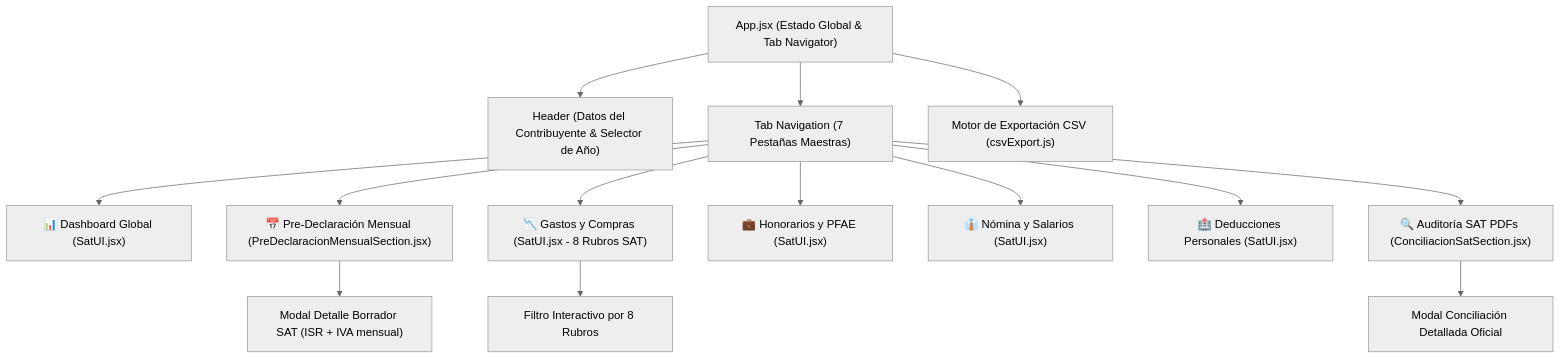
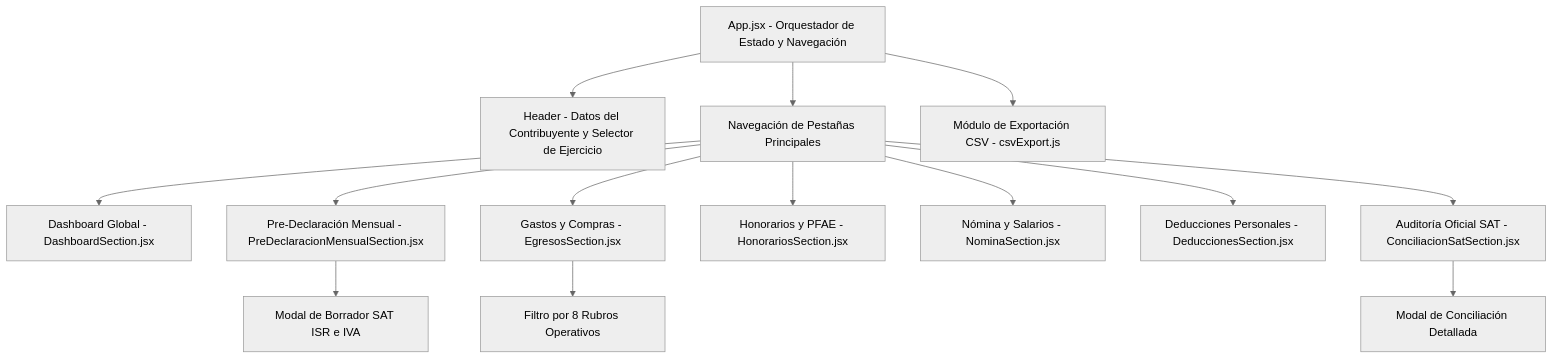
One commit to shellaquiles/tribuTACOS changed the diagram in docs/06_frontend_ux_componentes.md. Above: the diagram before and after it, drawn with Mermaid (neutral theme). The commit also changed other lines of this file and 10 other files, not shown here.

````diff
--- a/docs/06_frontend_ux_componentes.md
+++ b/docs/06_frontend_ux_componentes.md
@@ -11,18 +11,18 @@
 ```mermaid
 graph TD
-    App["App.jsx (Estado Global & Tab Navigator)"] --> Header["Header (Datos del Contribuyente & Selector de Año)"]
-    App --> Tabs["Tab Navigation (7 Pestañas Maestras)"]
+    App[App.jsx - Orquestador de Estado y Navegación] --> Header[Header - Datos del Contribuyente y Selector de Ejercicio]
+    App --> Tabs[Navegación de Pestañas Principales]
     
-    Tabs --> Tab1["📊 Dashboard Global (SatUI.jsx)"]
-    Tabs --> Tab2["📅 Pre-Declaración Mensual (PreDeclaracionMensualSection.jsx)"]
-    Tabs --> Tab3["📉 Gastos y Compras (SatUI.jsx - 8 Rubros SAT)"]
-    Tabs --> Tab4["💼 Honorarios y PFAE (SatUI.jsx)"]
-    Tabs --> Tab5["👔 Nómina y Salarios (SatUI.jsx)"]
-    Tabs --> Tab6["🏥 Deducciones Personales (SatUI.jsx)"]
-    Tabs --> Tab7["🔍 Auditoría SAT PDFs (ConciliacionSatSection.jsx)"]
+    Tabs --> Tab1[Dashboard Global - DashboardSection.jsx]
+    Tabs --> Tab2[Pre-Declaración Mensual - PreDeclaracionMensualSection.jsx]
+    Tabs --> Tab3[Gastos y Compras - EgresosSection.jsx]
+    Tabs --> Tab4[Honorarios y PFAE - HonorariosSection.jsx]
+    Tabs --> Tab5[Nómina y Salarios - NominaSection.jsx]
+    Tabs --> Tab6[Deducciones Personales - DeduccionesSection.jsx]
+    Tabs --> Tab7[Auditoría Oficial SAT - ConciliacionSatSection.jsx]
 
-    Tab2 --> ModalProv["Modal Detalle Borrador SAT (ISR + IVA mensual)"]
-    Tab3 --> FilterRubro["Filtro Interactivo por 8 Rubros"]
-    Tab7 --> ModalConcil["Modal Conciliación Detallada Oficial"]
-    App --> Export["Motor de Exportación CSV (csvExport.js)"]
+    Tab2 --> ModalProv[Modal de Borrador SAT ISR e IVA]
+    Tab3 --> FilterRubro[Filtro por 8 Rubros Operativos]
+    Tab7 --> ModalConcil[Modal de Conciliación Detallada]
+    App --> Export[Módulo de Exportación CSV - csvExport.js]
 ```
````
